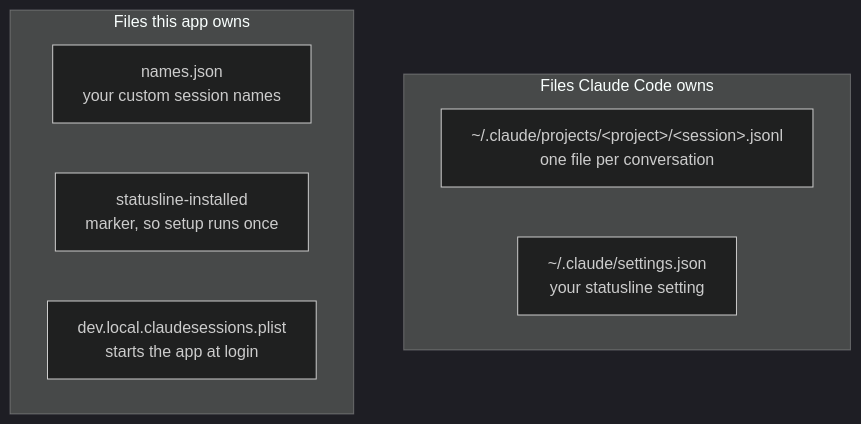
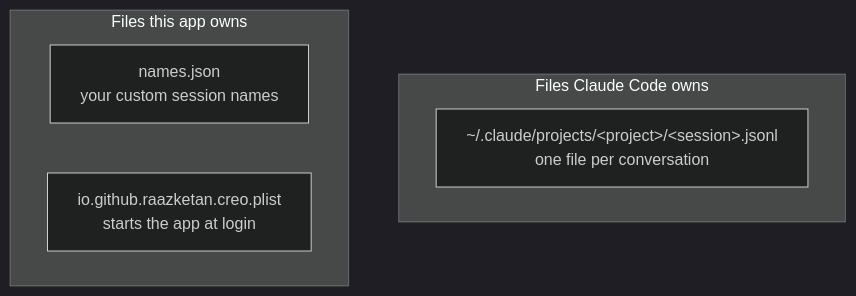
One commit to RaazKetan/creo changed the second of 8 diagrams in ARCHITECTURE.md. Above: the diagram before and after it, drawn with Mermaid (dark theme). The commit also changed other lines of this file and 20 other files, not shown here.

Commit message:
Rebrand menu bar app as Creo

````diff
--- a/ARCHITECTURE.md
+++ b/ARCHITECTURE.md
@@ -26,12 +26,10 @@
 ```mermaid
 flowchart TD
     subgraph yours["Files Claude Code owns"]
         A["~/.claude/projects/&lt;project&gt;/&lt;session&gt;.jsonl<br/>one file per conversation"]
-        B["~/.claude/settings.json<br/>your statusline setting"]
     end
     subgraph ours["Files this app owns"]
         C["names.json<br/>your custom session names"]
-        D["statusline-installed<br/>marker, so setup runs once"]
-        E["dev.local.claudesessions.plist<br/>starts the app at login"]
+        E["io.github.raazketan.creo.plist<br/>starts the app at login"]
     end
 ```
````
